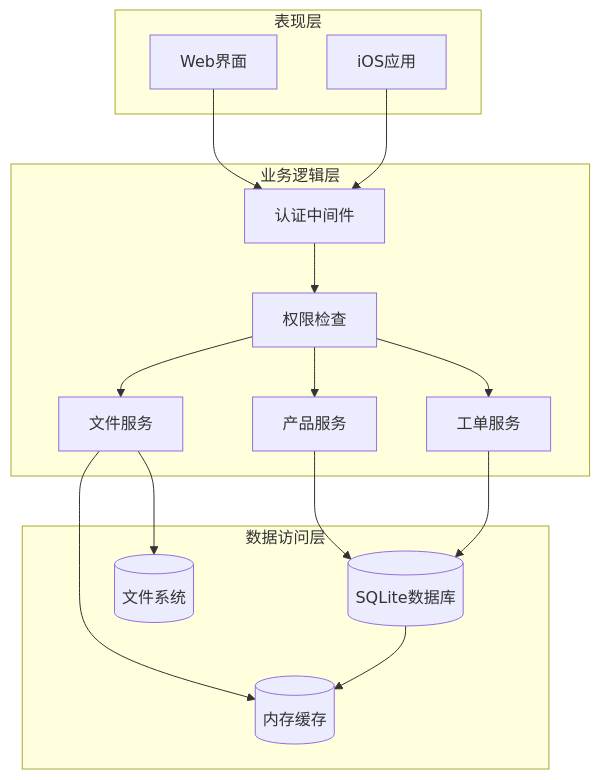
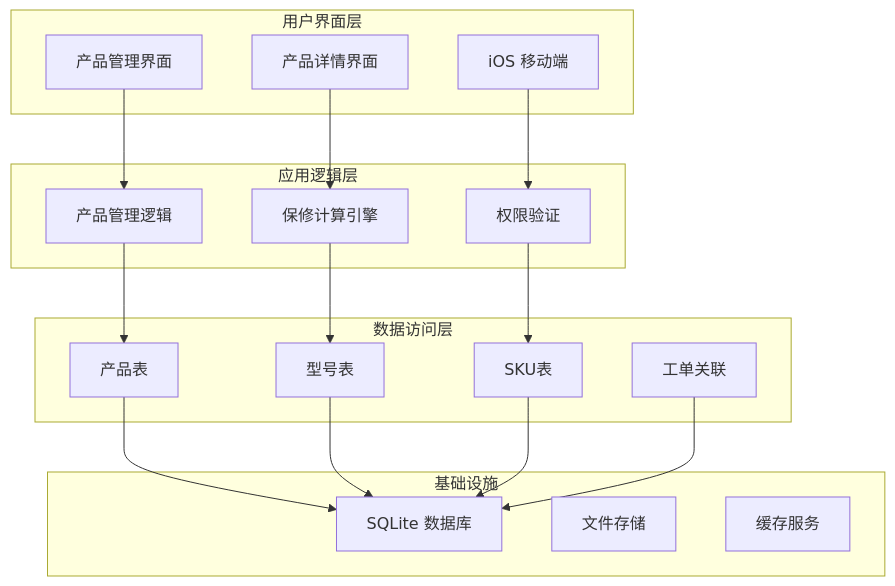
One commit to CubeEdge/Longhorn changed the third of 9 diagrams in .qoder/repowiki/zh/content/前端组件架构/产品管理界面/三层产品架构.md. Above: the diagram before and after it, drawn with Mermaid. The commit also changed other lines of this file and 28 other files, not shown here.

````diff
--- a/.qoder/repowiki/zh/content/前端组件架构/产品管理界面/三层产品架构.md
+++ b/.qoder/repowiki/zh/content/前端组件架构/产品管理界面/三层产品架构.md
@@ -102,30 +152,34 @@
 ```mermaid
 graph TB
-subgraph "表现层"
-Web[Web界面]
-Mobile[iOS应用]
+subgraph "用户界面层"
+UI1[产品管理界面]
+UI2[产品详情界面]
+UI3[iOS 移动端]
 end
-subgraph "业务逻辑层"
-Auth[认证中间件]
-Perm[权限检查]
-Prod[产品服务]
-Ticket[工单服务]
-File[文件服务]
+subgraph "应用逻辑层"
+APP1[产品管理逻辑]
+APP2[保修计算引擎]
+APP3[权限验证]
 end
 subgraph "数据访问层"
-DB[(SQLite数据库)]
-FS[(文件系统)]
-Cache[(内存缓存)]
+DATA1[产品表]
+DATA2[型号表]
+DATA3[SKU表]
+DATA4[工单关联]
 end
-Web --> Auth
-Mobile --> Auth
-Auth --> Perm
-Perm --> Prod
-Perm --> Ticket
-Perm --> File
-Prod --> DB
-Ticket --> DB
-File --> FS
-File --> Cache
-DB --> Cache
+subgraph "基础设施"
+INF1[SQLite 数据库]
+INF2[文件存储]
+INF3[缓存服务]
+end
+UI1 --> APP1
+UI2 --> APP2
+UI3 --> APP3
+APP1 --> DATA1
+APP2 --> DATA2
+APP3 --> DATA3
+DATA1 --> INF1
+DATA2 --> INF1
+DATA3 --> INF1
+DATA4 --> INF1
 ```
````
